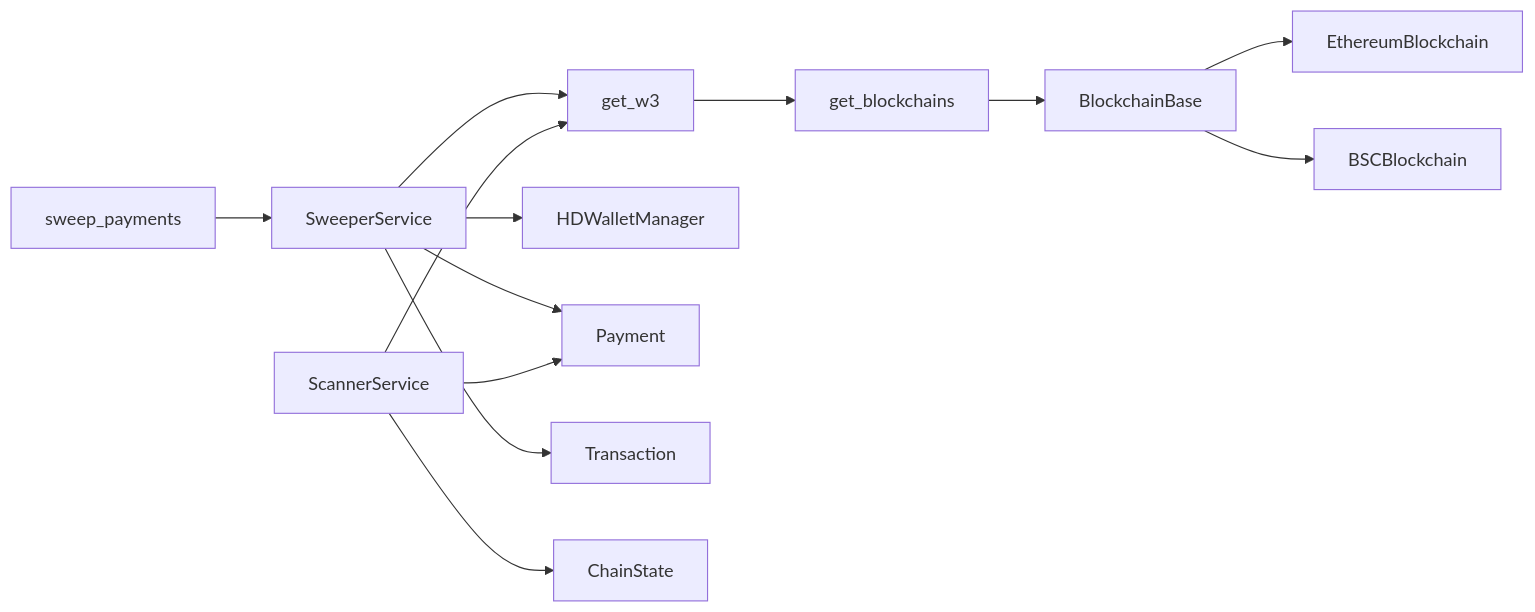
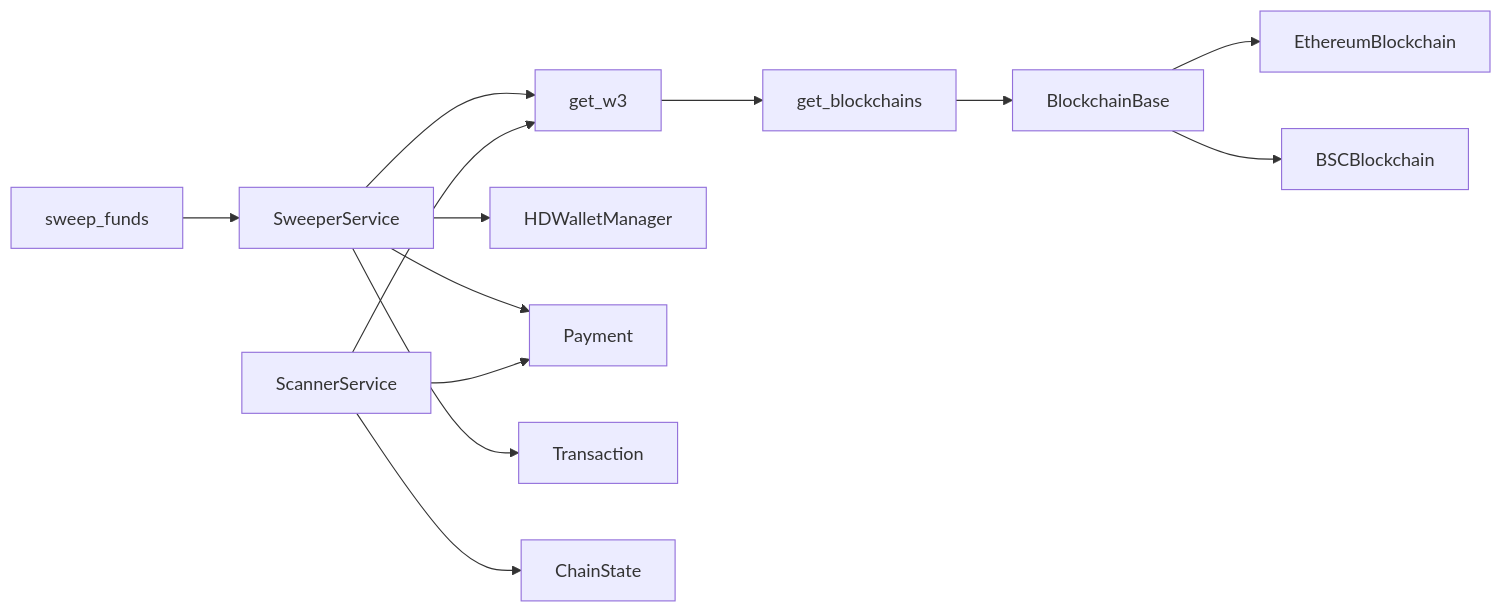
The eighth of 9 diagrams in docs/core-services/sweeper-service.md (rakibhossain72/ctrip-docs), drawn with Mermaid before and after one commit. The commit also changed other lines of this file and 25 other files, not shown here.

````diff
--- a/docs/core-services/sweeper-service.md
+++ b/docs/core-services/sweeper-service.md
@@ -378,15 +378,15 @@
 ```mermaid
 graph LR
-SWW["sweep_payments"] --> SWS["SweeperService"]
+SWW["sweep_funds"] --> SWS["SweeperService"]
 SWS --> W3["get_w3"]
 W3 --> BM["get_blockchains"]
 BM --> BB["BlockchainBase"]
 BB --> ETH["EthereumBlockchain"]
 BB --> BSC["BSCBlockchain"]
 SWS --> HD["HDWalletManager"]
 SWS --> PAY["Payment"]
 SWS --> TX["Transaction"]
 SCN["ScannerService"] --> W3
 SCN --> PAY
 SCN --> CHAIN["ChainState"]
 ```
````
